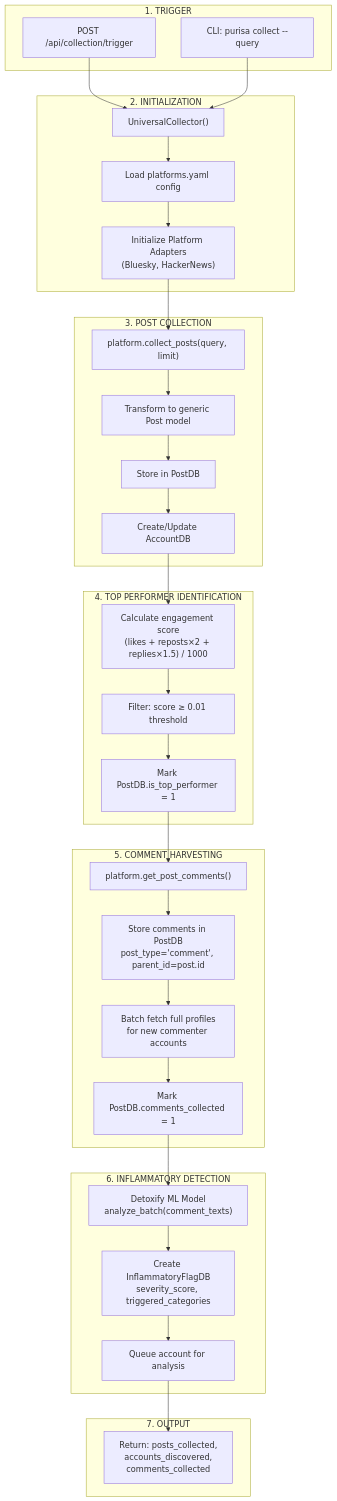
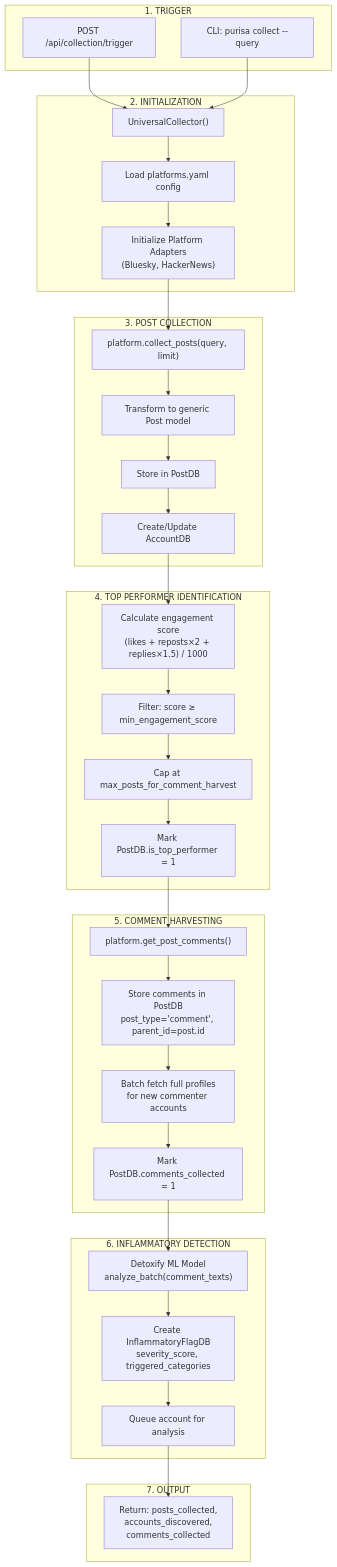
The first of 2 diagrams in FLOW_DIAGRAMS.md (Max-R/purisa), drawn with Mermaid before and after one commit. The commit also changed other lines of this file and 3 other files, not shown here.

First line of the commit message:
Add top performer stats and fix store_posts call

````diff
--- a/FLOW_DIAGRAMS.md
+++ b/FLOW_DIAGRAMS.md
@@ -11,53 +11,54 @@
 ```mermaid
 flowchart TD
     subgraph Trigger["1. TRIGGER"]
         API["POST /api/collection/trigger"]
         CLI["CLI: purisa collect --query"]
     end
 
     subgraph Init["2. INITIALIZATION"]
         UC["UniversalCollector()"]
         CFG["Load platforms.yaml config"]
         PLAT["Initialize Platform Adapters<br/>(Bluesky, HackerNews)"]
     end
 
     subgraph Collect["3. POST COLLECTION"]
         FETCH["platform.collect_posts(query, limit)"]
         TRANSFORM["Transform to generic Post model"]
         STORE_POST["Store in PostDB"]
         STORE_ACCT["Create/Update AccountDB"]
     end
 
     subgraph TopPerf["4. TOP PERFORMER IDENTIFICATION"]
         CALC_ENG["Calculate engagement score<br/>(likes + reposts×2 + replies×1.5) / 1000"]
-        FILTER["Filter: score ≥ 0.01 threshold"]
+        FILTER["Filter: score ≥ min_engagement_score"]
+        CAP["Cap at max_posts_for_comment_harvest"]
         MARK["Mark PostDB.is_top_performer = 1"]
     end
 
     subgraph Comments["5. COMMENT HARVESTING"]
         FETCH_COMMENTS["platform.get_post_comments()"]
         STORE_COMMENTS["Store comments in PostDB<br/>post_type='comment', parent_id=post.id"]
         FETCH_PROFILES["Batch fetch full profiles<br/>for new commenter accounts"]
         MARK_COLLECTED["Mark PostDB.comments_collected = 1"]
     end
 
     subgraph Inflammatory["6. INFLAMMATORY DETECTION"]
         DETOXIFY["Detoxify ML Model<br/>analyze_batch(comment_texts)"]
         FLAG["Create InflammatoryFlagDB<br/>severity_score, triggered_categories"]
         QUEUE["Queue account for analysis"]
     end
 
     subgraph Output["7. OUTPUT"]
         RESULT["Return: posts_collected,<br/>accounts_discovered,<br/>comments_collected"]
     end
 
     API --> UC
     CLI --> UC
     UC --> CFG --> PLAT
     PLAT --> FETCH --> TRANSFORM
     TRANSFORM --> STORE_POST --> STORE_ACCT
-    STORE_ACCT --> CALC_ENG --> FILTER --> MARK
+    STORE_ACCT --> CALC_ENG --> FILTER --> CAP --> MARK
     MARK --> FETCH_COMMENTS --> STORE_COMMENTS --> FETCH_PROFILES --> MARK_COLLECTED
     MARK_COLLECTED --> DETOXIFY --> FLAG --> QUEUE
     QUEUE --> RESULT
 ```
````
